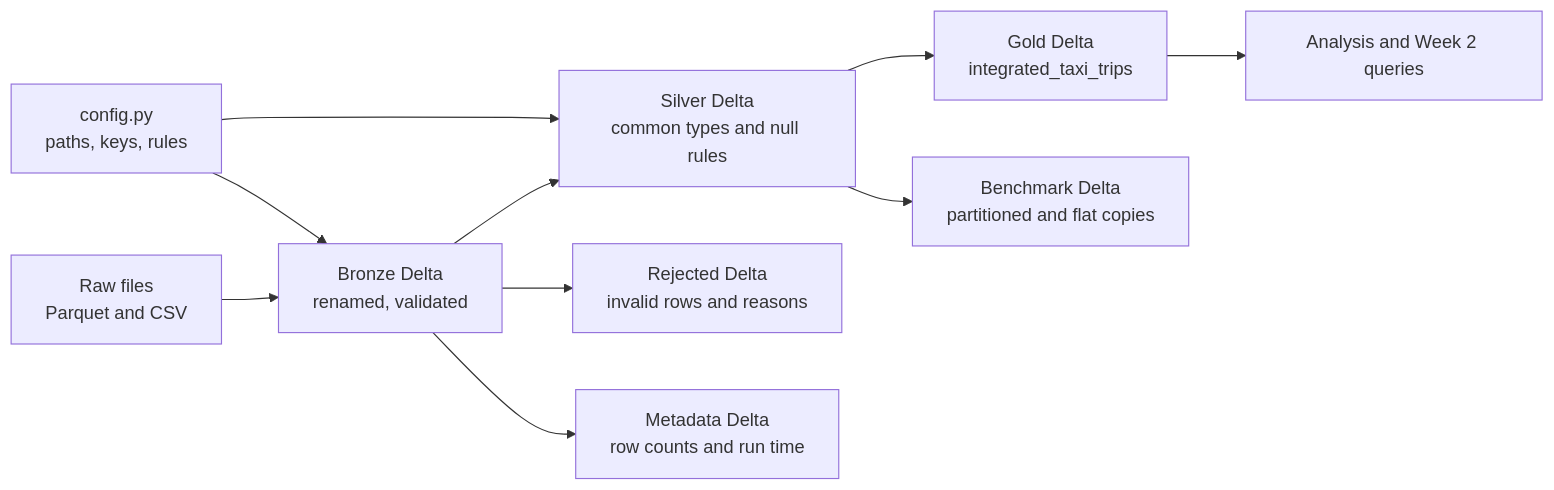
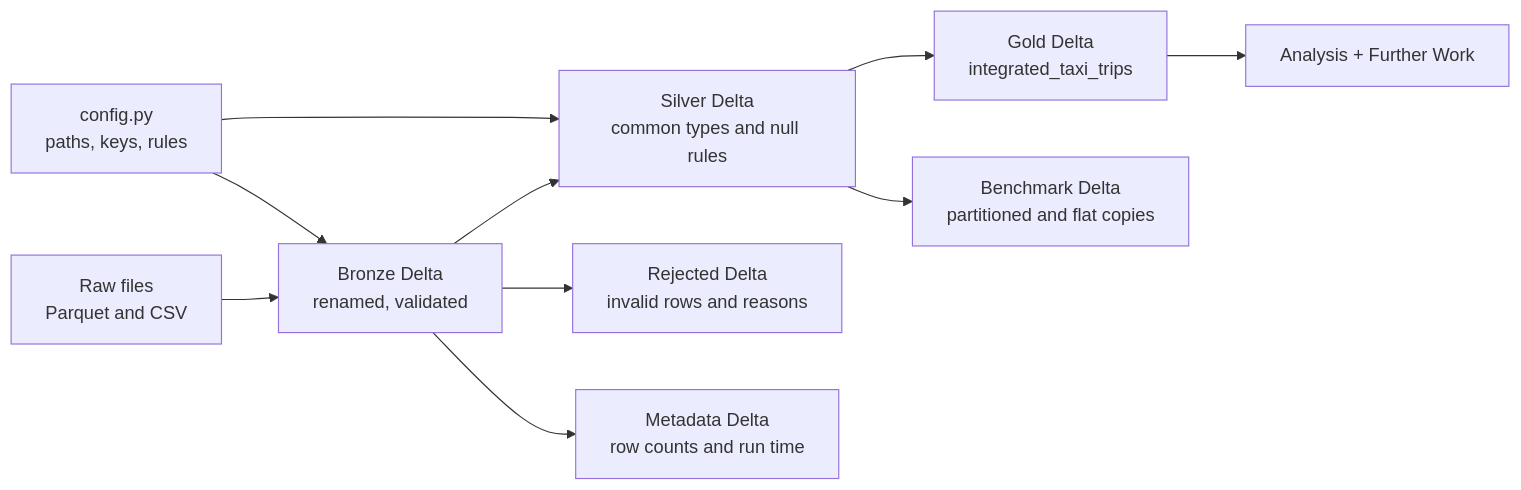
Before and after one commit to saugatme/urban-data-platform: the diagram in docs/architecture_diagram.md, drawn with Mermaid. The commit also changed other lines of this file and 29 other files, not shown here.

````diff
--- a/docs/architecture_diagram.md
+++ b/docs/architecture_diagram.md
@@ -3,21 +3,21 @@
 ```mermaid
 flowchart LR
     A[Raw files
 Parquet and CSV] --> B[Bronze Delta
 renamed, validated]
     B --> C[Silver Delta
 common types and null rules]
     C --> D[Gold Delta
 integrated_taxi_trips]
     C --> E[Benchmark Delta
 partitioned and flat copies]
     B --> F[Rejected Delta
 invalid rows and reasons]
     B --> G[Metadata Delta
 row counts and run time]
-    D --> H[Analysis and Week 2 queries]
+    D --> H[Analysis + Further Work]
 
     I[config.py
 paths, keys, rules] --> B
     I --> C
 ```
````
